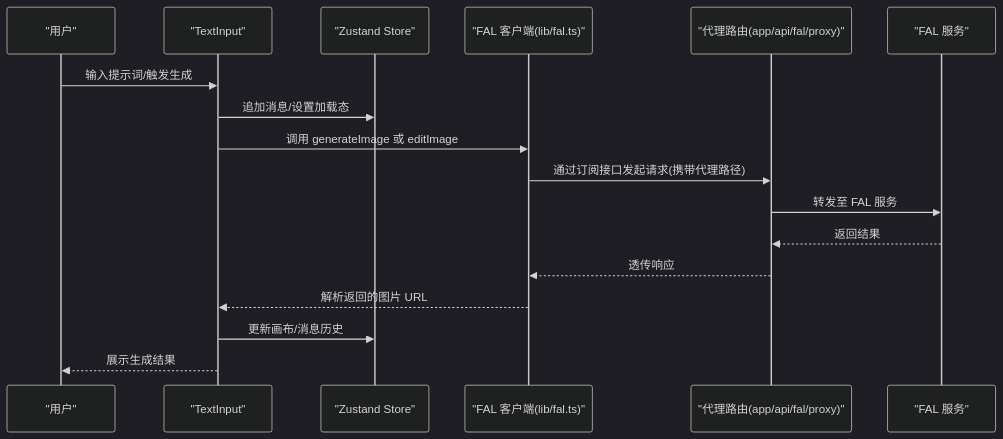
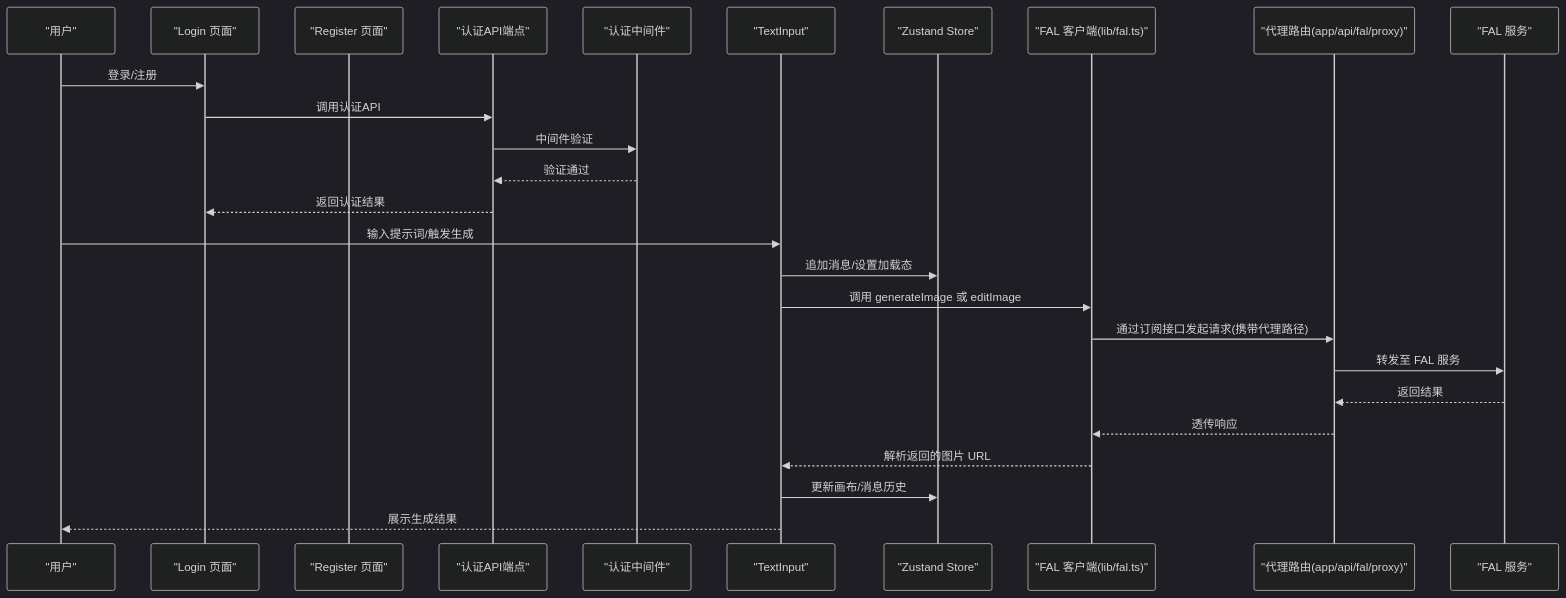
The second of 9 diagrams in .qoder/repowiki/zh/content/API 集成.md (billye220670/BananaFlow2), drawn with Mermaid (dark theme) before and after one commit. The commit also changed other lines of this file and 6 other files, not shown here.

````diff
--- a/.qoder/repowiki/zh/content/API 集成.md
+++ b/.qoder/repowiki/zh/content/API 集成.md
@@ -99,19 +131,28 @@
 ```mermaid
 sequenceDiagram
 participant U as "用户"
+participant L as "Login 页面"
+participant R as "Register 页面"
+participant A as "认证API端点"
+participant M as "认证中间件"
 participant T as "TextInput"
 participant S as "Zustand Store"
 participant F as "FAL 客户端(lib/fal.ts)"
 participant P as "代理路由(app/api/fal/proxy)"
 participant C as "FAL 服务"
+U->>L : 登录/注册
+L->>A : 调用认证API
+A->>M : 中间件验证
+M-->>A : 验证通过
+A-->>L : 返回认证结果
 U->>T : 输入提示词/触发生成
 T->>S : 追加消息/设置加载态
 T->>F : 调用 generateImage 或 editImage
 F->>P : 通过订阅接口发起请求(携带代理路径)
 P->>C : 转发至 FAL 服务
 C-->>P : 返回结果
 P-->>F : 透传响应
 F-->>T : 解析返回的图片 URL
 T->>S : 更新画布/消息历史
 T-->>U : 展示生成结果
 ```
````
